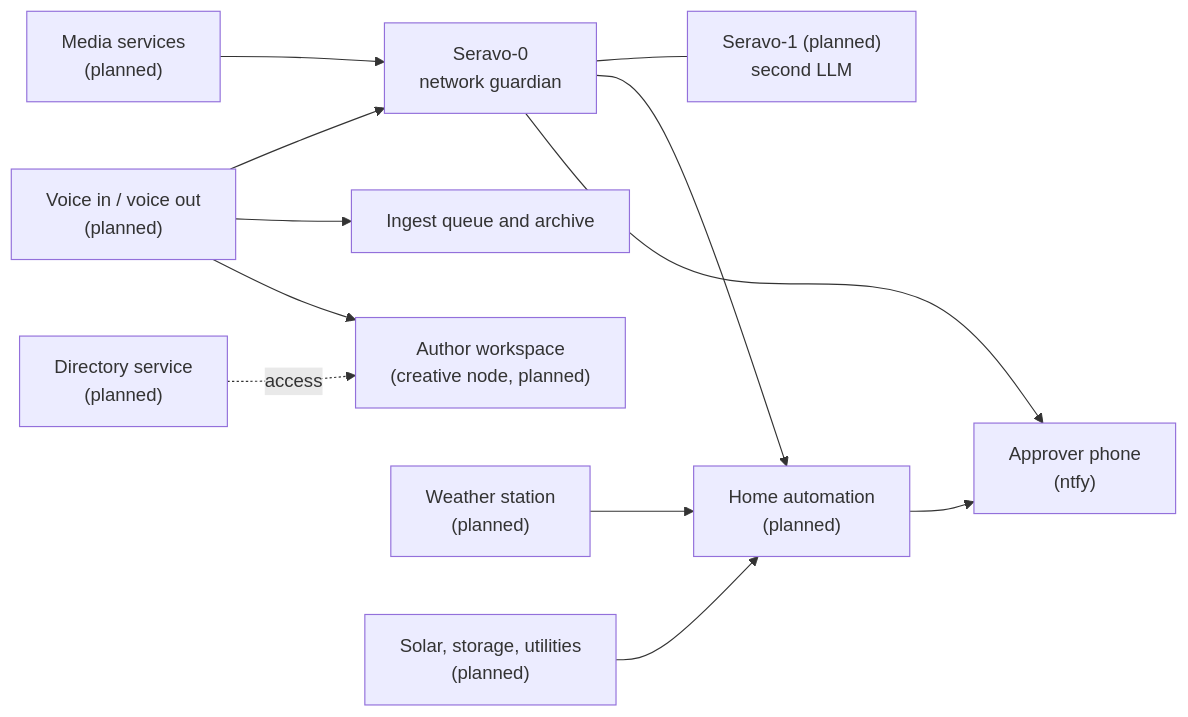
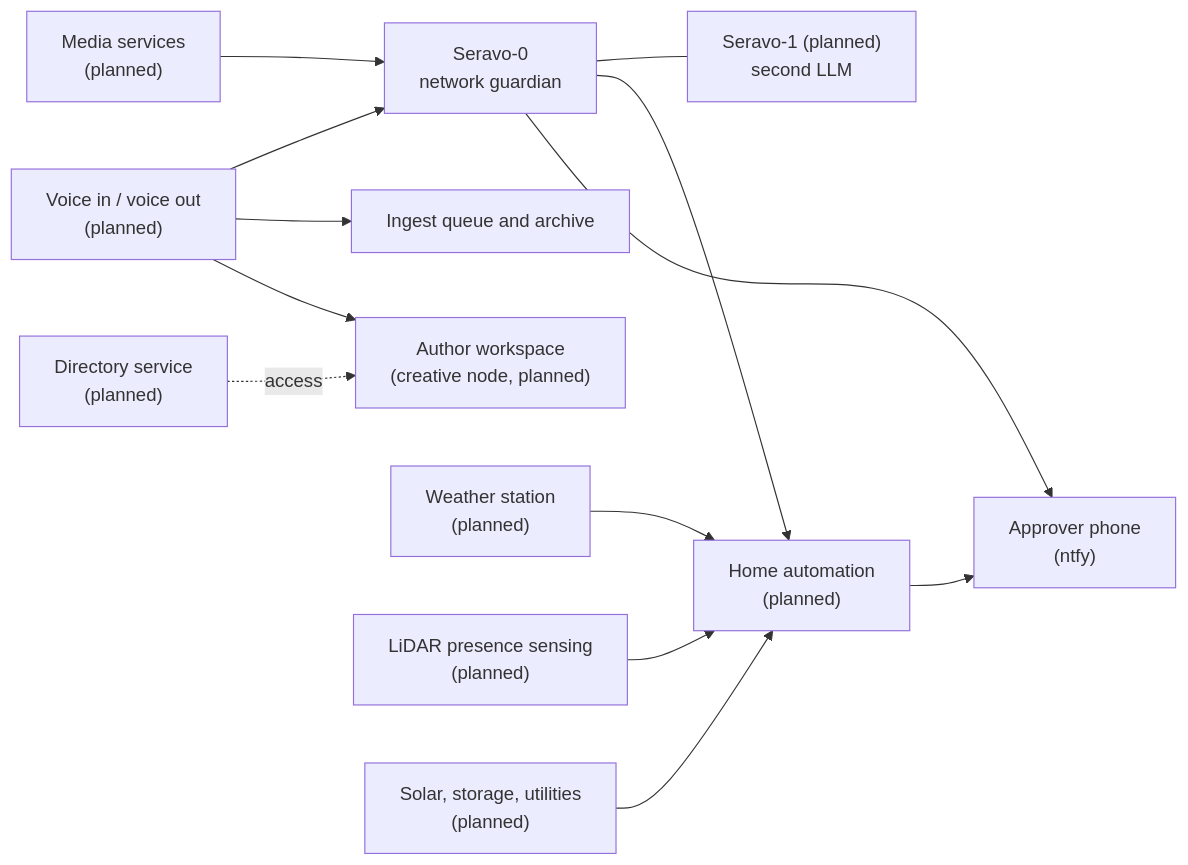
Before and after one commit to cpyeoman-crypto/project-25-26-seravo-0-sapor: the diagram in docs/future-integrations.md, drawn with Mermaid. The commit also changed other lines of this file and 1 other file, not shown here.

Commit message:
Add LiDAR and future IoT aspirations to the integrations plan

````diff
--- a/docs/future-integrations.md
+++ b/docs/future-integrations.md
@@ -15,14 +15,15 @@
 ```mermaid
 flowchart LR
     S0["Seravo-0<br/>network guardian"] --- S1["Seravo-1 (planned)<br/>second LLM"]
     Voice["Voice in / voice out<br/>(planned)"] --> S0
     Voice --> Ingest["Ingest queue and archive"]
     Voice --> Author["Author workspace<br/>(creative node, planned)"]
     Dir["Directory service<br/>(planned)"] -. access .-> Author
     S0 --> HA["Home automation<br/>(planned)"]
     Media["Media services<br/>(planned)"] --> S0
     Weather["Weather station<br/>(planned)"] --> HA
+    Lidar["LiDAR presence sensing<br/>(planned)"] --> HA
     Solar["Solar, storage, utilities<br/>(planned)"] --> HA
     HA --> Phone["Approver phone<br/>(ntfy)"]
     S0 --> Phone
 ```
````
